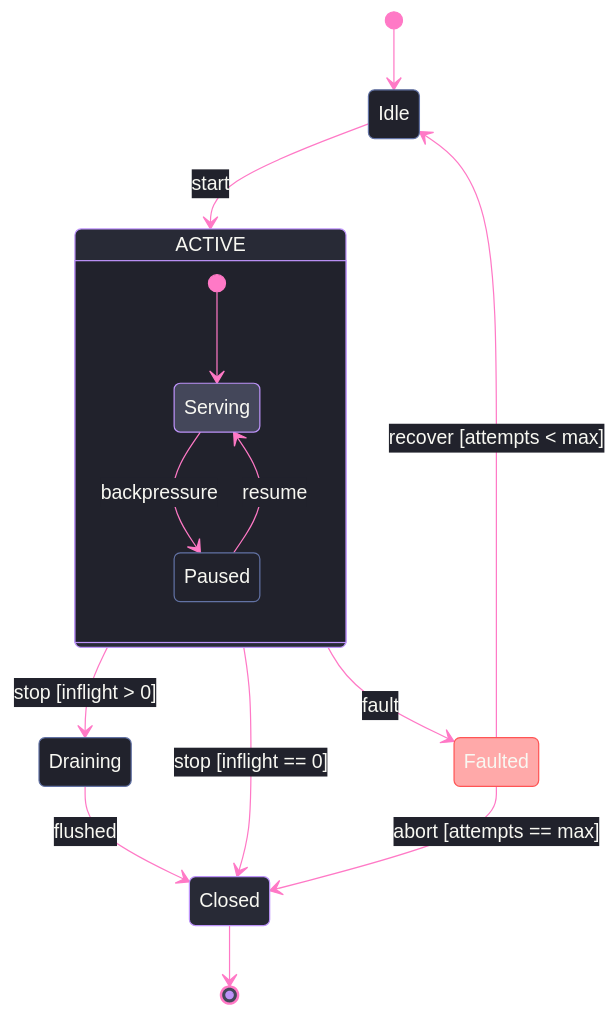
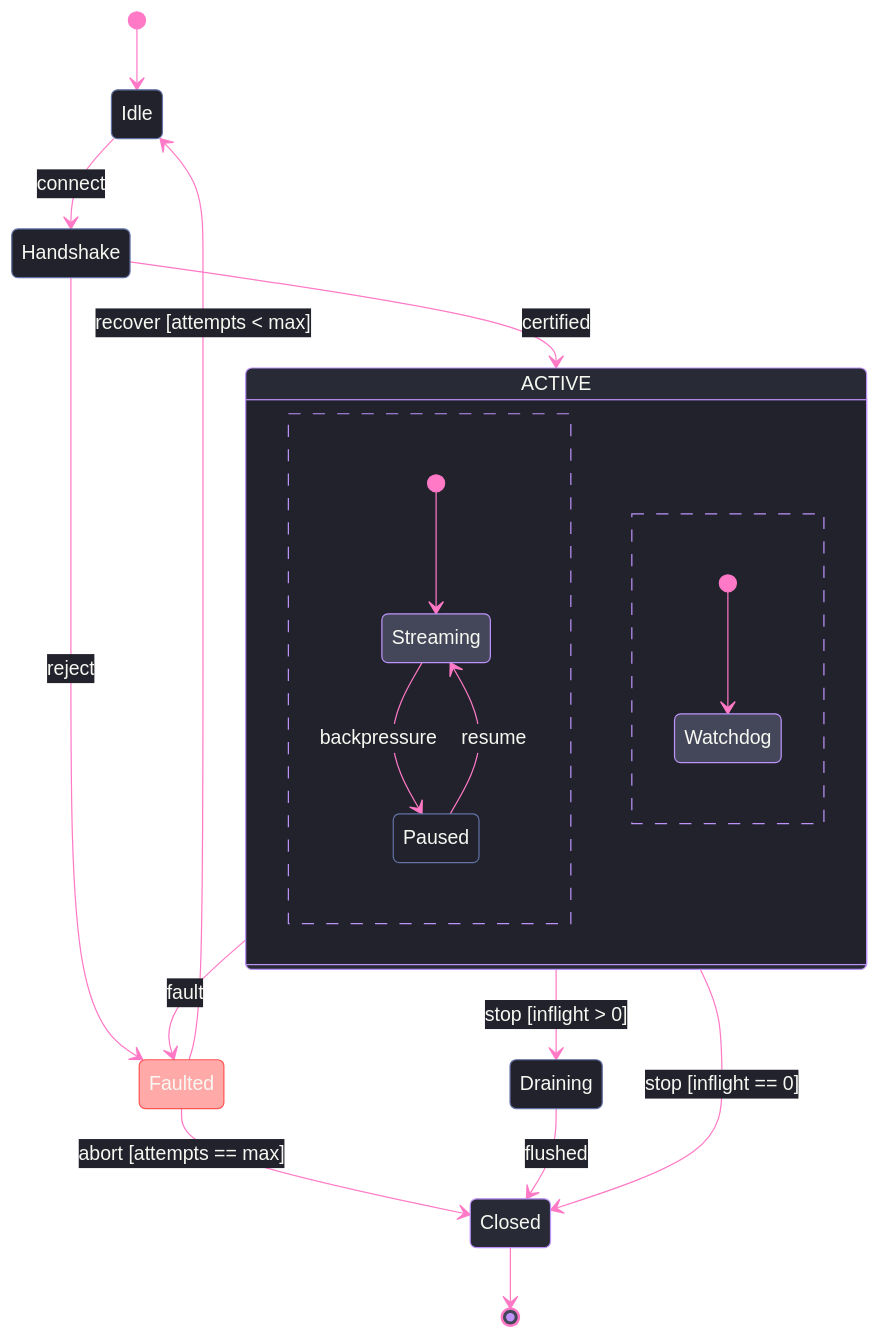
The diagram in .claude/skills/mermaid-diagramming/templates/lifecycle.mmd.md (bsamiee/Rasm), drawn with Mermaid before and after one commit. The commit also changed other lines of this file and 56 other files, not shown here.

````diff
--- a/.claude/skills/mermaid-diagramming/templates/lifecycle.mmd.md
+++ b/.claude/skills/mermaid-diagramming/templates/lifecycle.mmd.md
@@ -5,51 +5,56 @@
 ```mermaid
 ---
 config:
   theme: base
   look: classic
   themeVariables:
     darkMode: true
     fontFamily: "SF Mono, Menlo, Cascadia Mono, Segoe UI Mono, Consolas, monospace"
     useGradient: false
     dropShadow: "none"
     background: "#282A36"
     primaryColor: "#44475A"
     primaryTextColor: "#F8F8F2"
     primaryBorderColor: "#BD93F9"
     tertiaryColor: "#21222C"
     tertiaryTextColor: "#F8F8F2"
     lineColor: "#FF79C6"
     textColor: "#F8F8F2"
     clusterBkg: "#21222C"
     clusterBorder: "#D6BCFA"
     compositeBackground: "#21222C"
     compositeTitleBackground: "#282A36"
     compositeBorder: "#D6BCFA"
     edgeLabelBackground: "#21222C"
     labelBackgroundColor: "#21222C"
-  themeCSS: ".nodeLabel{font-size:13px;font-weight:500}.edgeLabel{font-size:12px;font-weight:500}.cluster-label .nodeLabel{font-size:12.5px;font-weight:600;letter-spacing:.08em}.transition{stroke-width:2px}.note-edge{stroke-width:1.5px}.node rect,.node circle,.node path,.node .outer-path{stroke-width:1.5px;filter:none!important}.statediagram-cluster rect.outer{stroke:#D6BCFA;stroke-width:1px!important;stroke-dasharray:5 4}.statediagram-state rect.divider{stroke:#D6BCFA;stroke-width:1px;stroke-dasharray:5 4;fill:#282A36}[id*='barbEnd'] path{fill:#FF79C6;stroke:#FF79C6;transform:scale(.4);transform-origin:14px 7px}.state-start{r:4.5px;fill:#FF79C6;stroke:#FF79C6}.node[id*='_end'] .outer-path{transform-box:fill-box;transform-origin:center;transform:scale(.64)}.edgeLabel rect{transform-box:fill-box;transform-origin:center;transform:scale(1.1,1.2)}"
+  themeCSS: ".nodeLabel{font-size:13px;font-weight:500}.edgeLabel{font-size:12px;font-weight:500}.cluster-label .nodeLabel{font-size:13.5px;font-weight:700;letter-spacing:.08em;color:#D6BCFA}.transition{stroke-width:2px}.note-edge{stroke-width:1.5px}.node rect,.node circle,.node path,.node .outer-path{stroke-width:1.5px;filter:none!important}.statediagram-cluster rect.outer{stroke:#D6BCFA;stroke-width:1px!important;stroke-dasharray:5 4}.statediagram-state rect.divider{stroke:#D6BCFA;stroke-width:1px;stroke-dasharray:5 4;fill:#282A36}[id*='barbEnd'] path{fill:#FF79C6;stroke:#FF79C6;transform:scale(.4);transform-origin:14px 7px}.state-start{r:3.4px;fill:#FF79C6;stroke:#FF79C6}.node[id*='_end'] .outer-path{transform-box:fill-box;transform-origin:center;transform:scale(.48)}.edgeLabel rect{transform-box:fill-box;transform-origin:center;transform:scale(1.1,1.2)}"
 ---
 stateDiagram-v2
-    accTitle: Owner lifecycle
-    accDescr: A stateful owner moving from idle through a composite active state into draining and closed, with a guarded fault state offering bounded recovery before terminal abort.
+    accTitle: Bridge session lifecycle
+    accDescr: A bridge session moving from idle through handshake into a composite active state with concurrent streaming and watchdog regions, guarded stop exits, and a bounded fault recovery loop before terminal close.
     [*] --> Idle
-    Idle --> Active: start
+    Idle --> Handshake: connect
+    Handshake --> Active: certified
+    Handshake --> Faulted: reject
     state "ACTIVE" as Active {
-        [*] --> Serving
-        Serving --> Paused: backpressure
-        Paused --> Serving: resume
+        direction TB
+        [*] --> Streaming
+        Streaming --> Paused: backpressure
+        Paused --> Streaming: resume
+        --
+        [*] --> Watchdog
     }
     Active --> Draining: stop [inflight > 0]
     Active --> Closed: stop [inflight == 0]
     Active --> Faulted: fault
     Faulted --> Idle: recover [attempts < max]
     Faulted --> Closed: abort [attempts == max]
     Draining --> Closed: flushed
     Closed --> [*]
     classDef error fill:#FF555580,stroke:#FF5555,color:#F8F8F2
     classDef boundary fill:#282A36,stroke:#BD93F9,color:#F8F8F2
     classDef recessed fill:#21222C,stroke:#6272A4,color:#F8F8F2
     class Faulted error
     class Closed boundary
-    class Idle,Paused,Draining recessed
+    class Idle,Handshake,Paused,Draining recessed
 ```
````
